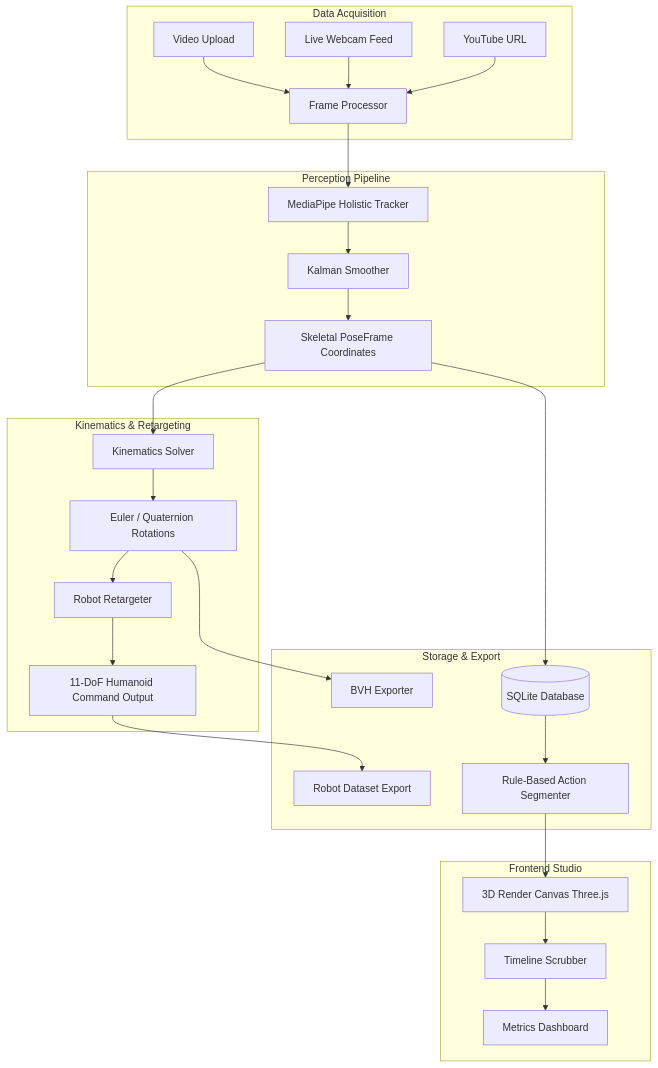
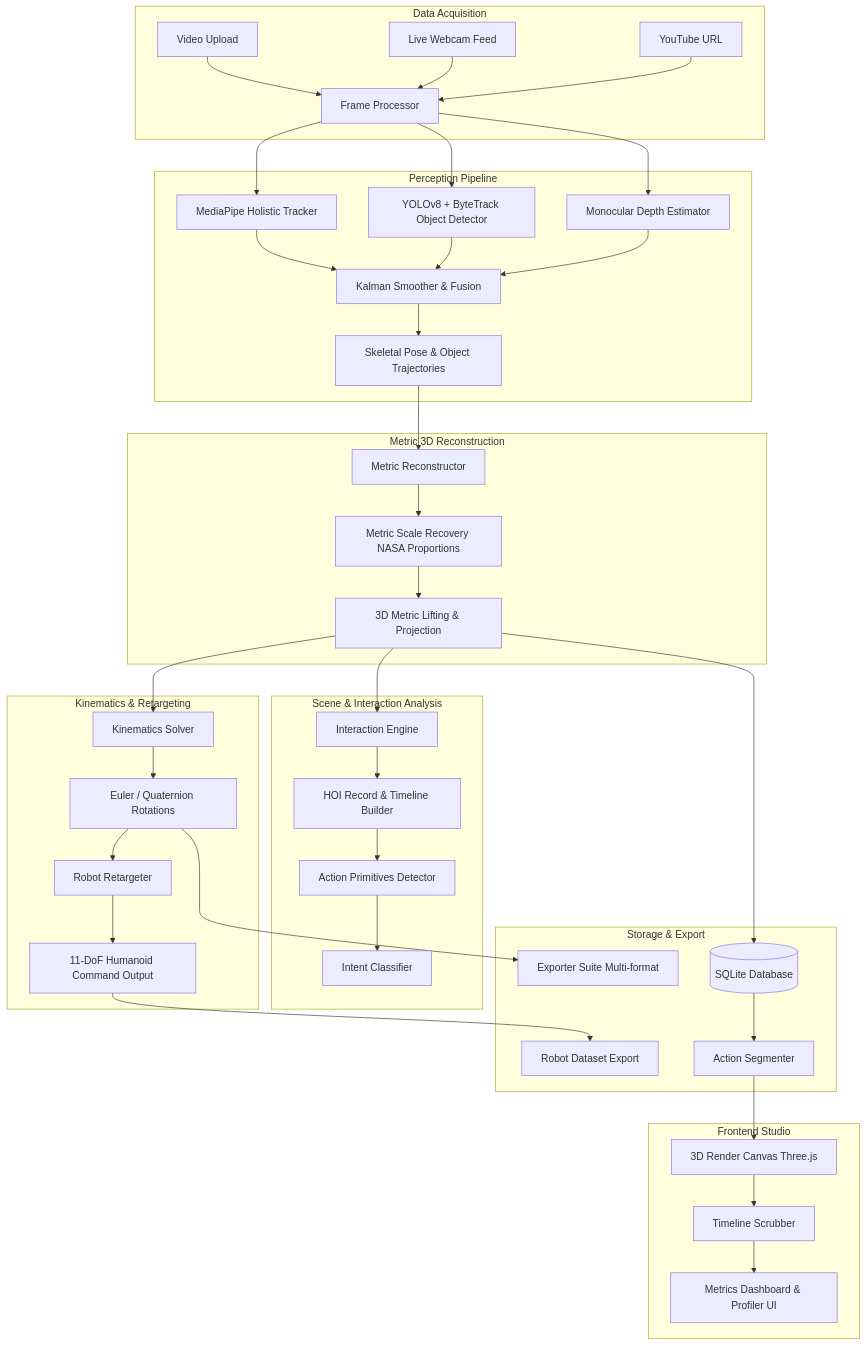
One commit to SahilKhutey/SignVerse changed the diagram in docs/ARCHITECTURE.md. Above: the diagram before and after it, drawn with Mermaid. The commit also changed other lines of this file and 3 other files, not shown here.

Commit message:
docs: upgrade repository docs structure, API reference, and architecture specs to professional grade

````diff
--- a/docs/ARCHITECTURE.md
+++ b/docs/ARCHITECTURE.md
@@ -9,34 +9,50 @@
 ```mermaid
 graph TD
     subgraph Data Acquisition
         A1[Video Upload] --> B[Frame Processor]
         A2[Live Webcam Feed] --> B
         A3[YouTube URL] --> B
     end
 
     subgraph Perception Pipeline
         B --> C[MediaPipe Holistic Tracker]
-        C --> D[Kalman Smoother]
-        D --> E[Skeletal PoseFrame Coordinates]
+        B --> C2[YOLOv8 + ByteTrack Object Detector]
+        B --> C3[Monocular Depth Estimator]
+        
+        C & C2 & C3 --> D[Kalman Smoother & Fusion]
+        D --> E[Skeletal Pose & Object Trajectories]
+    end
+
+    subgraph Metric 3D Reconstruction
+        E --> MR[Metric Reconstructor]
+        MR --> MS[Metric Scale Recovery NASA Proportions]
+        MS --> ML[3D Metric Lifting & Projection]
     end
 
     subgraph Kinematics & Retargeting
-        E --> F[Kinematics Solver]
+        ML --> F[Kinematics Solver]
         F --> G[Euler / Quaternion Rotations]
         G --> H[Robot Retargeter]
         H --> I[11-DoF Humanoid Command Output]
     end
 
+    subgraph Scene & Interaction Analysis
+        ML --> IA[Interaction Engine]
+        IA --> HOI[HOI Record & Timeline Builder]
+        HOI --> AP[Action Primitives Detector]
+        AP --> IC[Intent Classifier]
+    end
+
     subgraph Storage & Export
-        E --> J[(SQLite Database)]
-        G --> K[BVH Exporter]
+        ML --> J[(SQLite Database)]
+        G --> K[Exporter Suite Multi-format]
         I --> L[Robot Dataset Export]
-        J --> M[Rule-Based Action Segmenter]
+        J --> M[Action Segmenter]
     end
 
     subgraph Frontend Studio
         M --> N[3D Render Canvas Three.js]
         N --> O[Timeline Scrubber]
-        O --> P[Metrics Dashboard]
+        O --> P[Metrics Dashboard & Profiler UI]
     end
 ```
````
